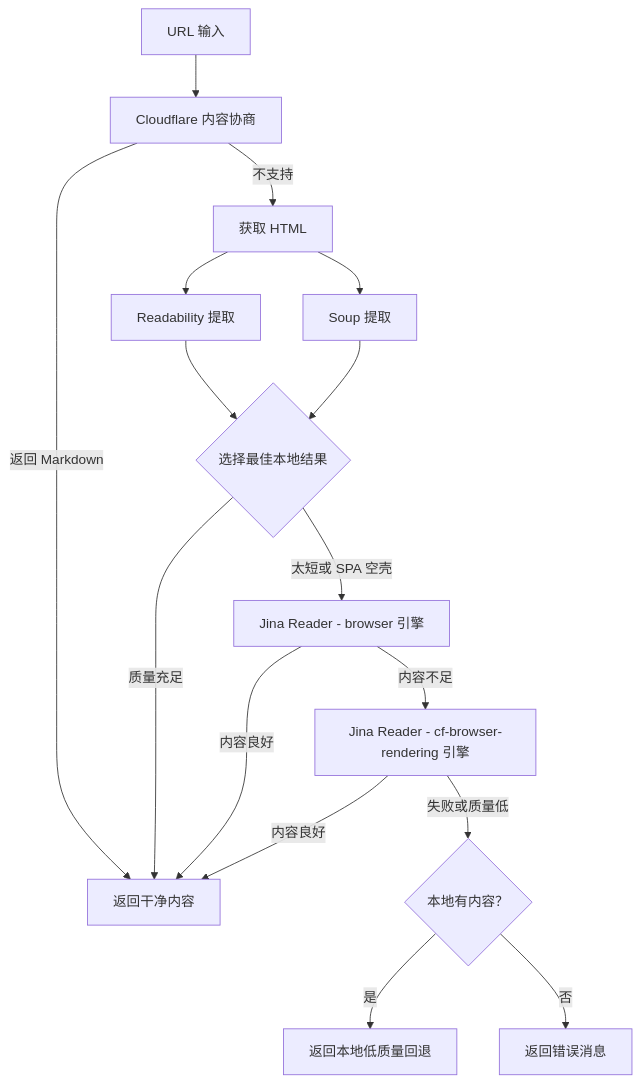
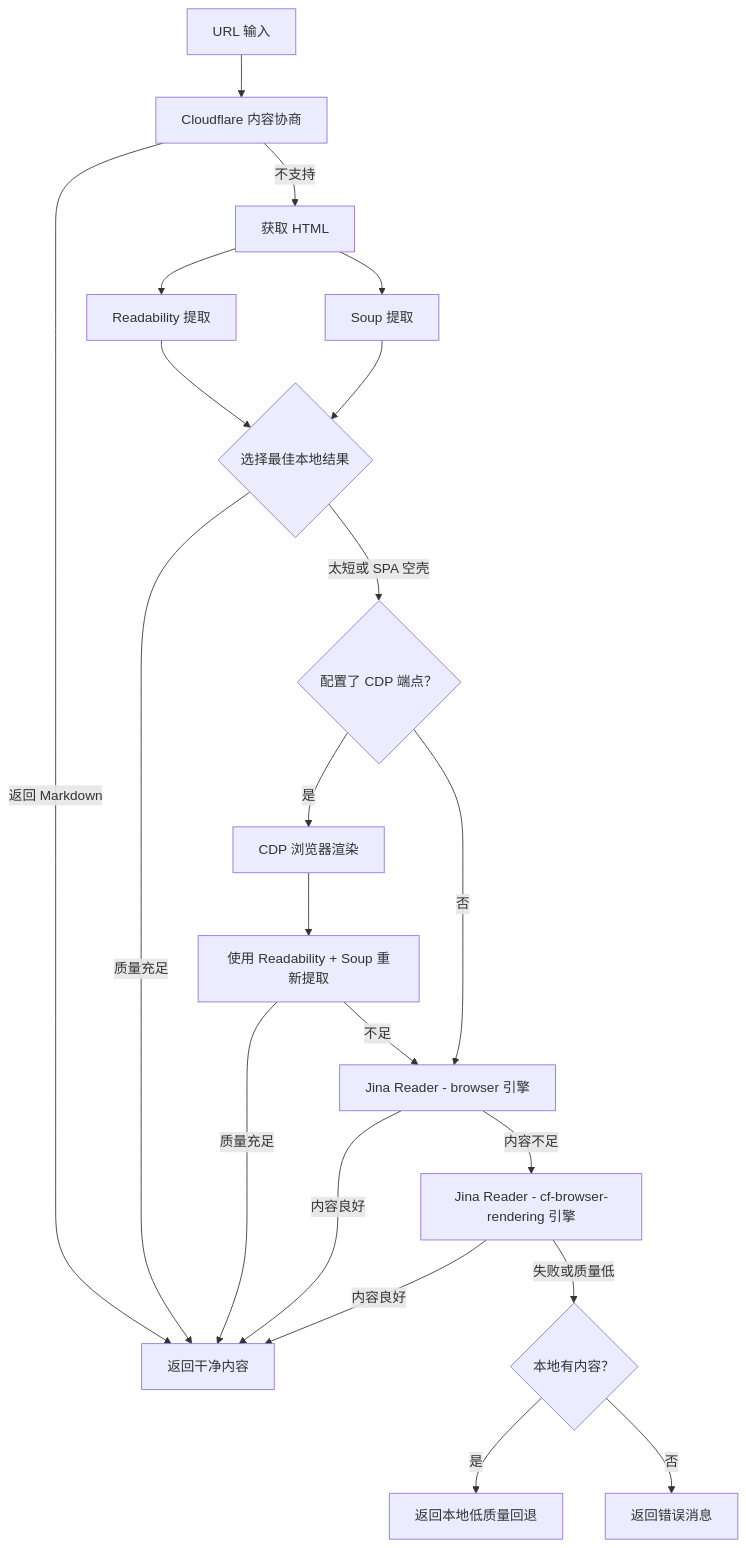
One commit to Oaklight/toolregistry-hub changed the diagram in docs/tools/websearch/web_fetch_tool.md. Above: the diagram before and after it, drawn with Mermaid. The commit also changed other lines of this file and 3 other files, not shown here.

````diff
--- a/docs/tools/websearch/web_fetch_tool.md
+++ b/docs/tools/websearch/web_fetch_tool.md
@@ -91,17 +93,22 @@
 ```mermaid
 flowchart TD
     A[URL 输入] --> B[Cloudflare 内容协商]
     B -->|返回 Markdown| Z[返回干净内容]
     B -->|不支持| C[获取 HTML]
     C --> D[Readability 提取]
     C --> E[Soup 提取]
     D & E --> F{选择最佳本地结果}
     F -->|质量充足| Z
-    F -->|太短或 SPA 空壳| G[Jina Reader - browser 引擎]
+    F -->|太短或 SPA 空壳| CDP{配置了 CDP 端点？}
+    CDP -->|是| CDP1[CDP 浏览器渲染]
+    CDP1 --> CDP2[使用 Readability + Soup 重新提取]
+    CDP2 -->|质量充足| Z
+    CDP2 -->|不足| G[Jina Reader - browser 引擎]
+    CDP -->|否| G
     G -->|内容良好| Z
     G -->|内容不足| G2[Jina Reader - cf-browser-rendering 引擎]
     G2 -->|内容良好| Z
     G2 -->|失败或质量低| H{本地有内容？}
     H -->|是| I[返回本地低质量回退]
     H -->|否| J[返回错误消息]
 ```
````
